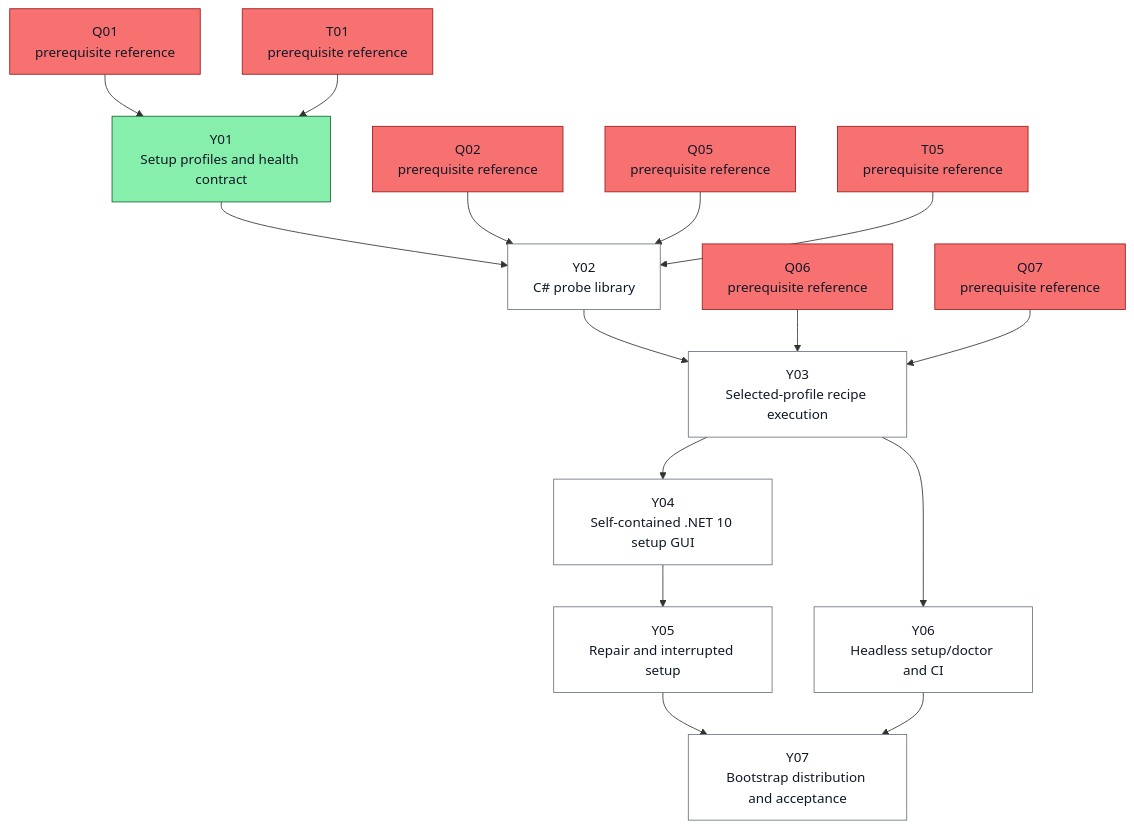
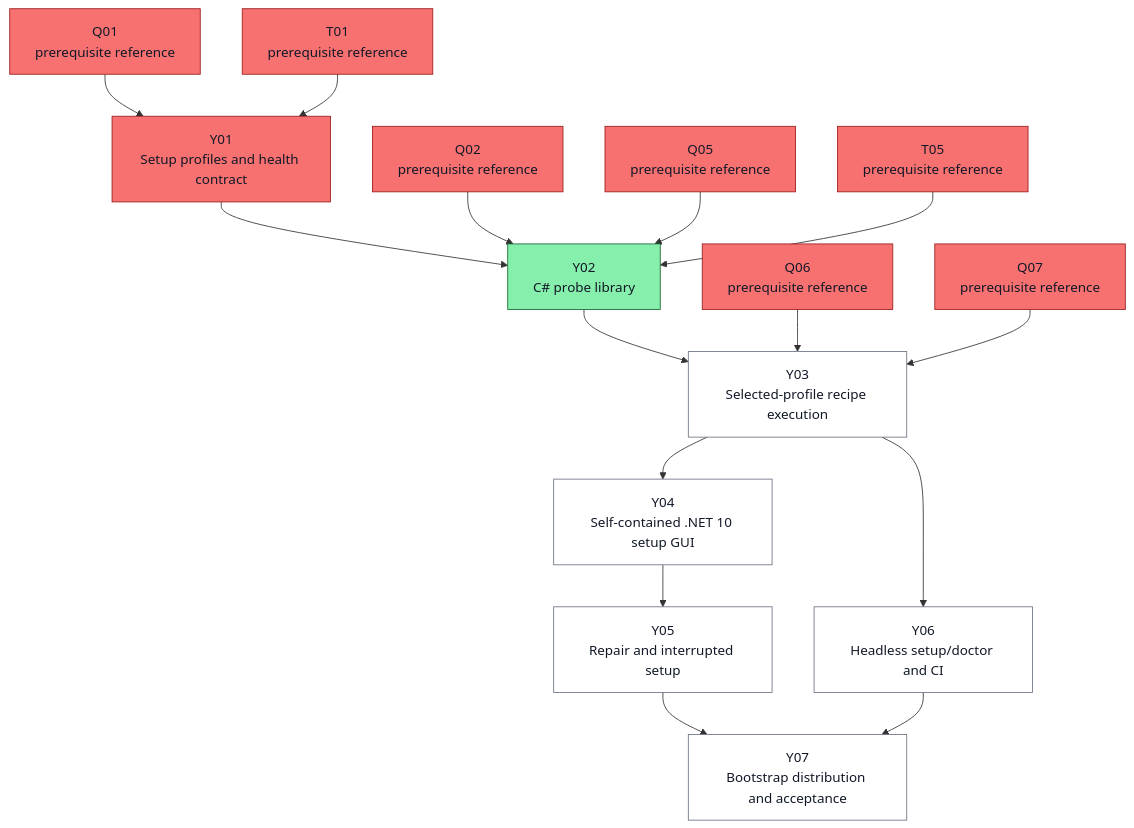
Before and after one commit to ocarizr/spaceraiders: diagram 25 of 25 in docs/task-dependencies.md, drawn with Mermaid. The commit also changed other lines of this file and 9 other files, not shown here.

First line of the commit message:
feat(Y01): define environment profiles and health contract (#21)

````diff
--- a/docs/task-dependencies.md
+++ b/docs/task-dependencies.md
@@ -1298,34 +1298,34 @@
 ```mermaid
 flowchart TD
     ref_Y_Q01["Q01<br/>prerequisite reference"]:::done
     ref_Y_Q02["Q02<br/>prerequisite reference"]:::done
     ref_Y_Q05["Q05<br/>prerequisite reference"]:::done
     ref_Y_Q06["Q06<br/>prerequisite reference"]:::done
     ref_Y_Q07["Q07<br/>prerequisite reference"]:::done
     ref_Y_T01["T01<br/>prerequisite reference"]:::done
     ref_Y_T05["T05<br/>prerequisite reference"]:::done
-    Y01["Y01<br/>Setup profiles and health contract"]:::ready
-    Y02["Y02<br/>C# probe library"]:::pending
+    Y01["Y01<br/>Setup profiles and health contract"]:::done
+    Y02["Y02<br/>C# probe library"]:::ready
     Y03["Y03<br/>Selected-profile recipe execution"]:::pending
     Y04["Y04<br/>Self-contained .NET 10 setup GUI"]:::pending
     Y05["Y05<br/>Repair and interrupted setup"]:::pending
     Y06["Y06<br/>Headless setup/doctor and CI"]:::pending
     Y07["Y07<br/>Bootstrap distribution and acceptance"]:::pending
     ref_Y_Q01 --> Y01
     ref_Y_T01 --> Y01
     Y01 --> Y02
     ref_Y_Q02 --> Y02
     ref_Y_Q05 --> Y02
     ref_Y_T05 --> Y02
     Y02 --> Y03
     ref_Y_Q06 --> Y03
     ref_Y_Q07 --> Y03
     Y03 --> Y04
     Y04 --> Y05
     Y03 --> Y06
     Y05 --> Y07
     Y06 --> Y07
     classDef pending fill:#ffffff,stroke:#6b7280,color:#111827
     classDef ready fill:#86efac,stroke:#166534,color:#111827
     classDef done fill:#f87171,stroke:#991b1b,color:#111827
 ```
````
